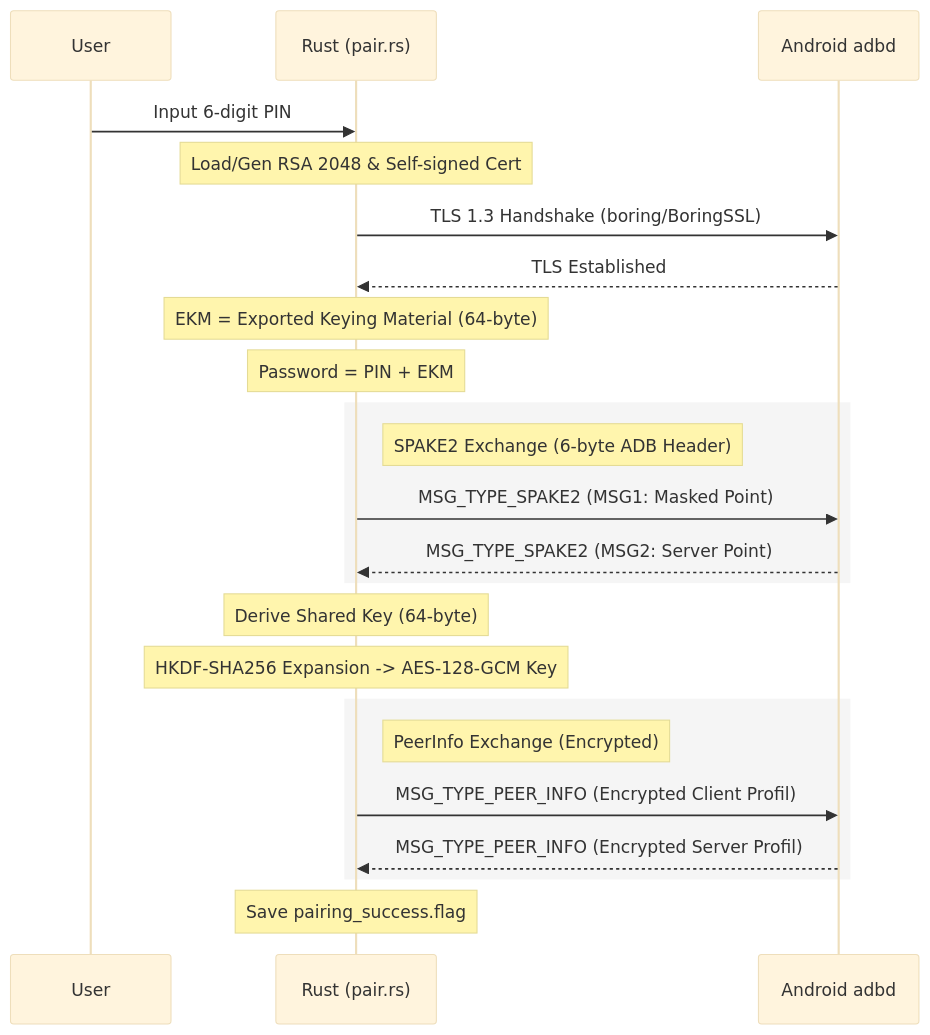
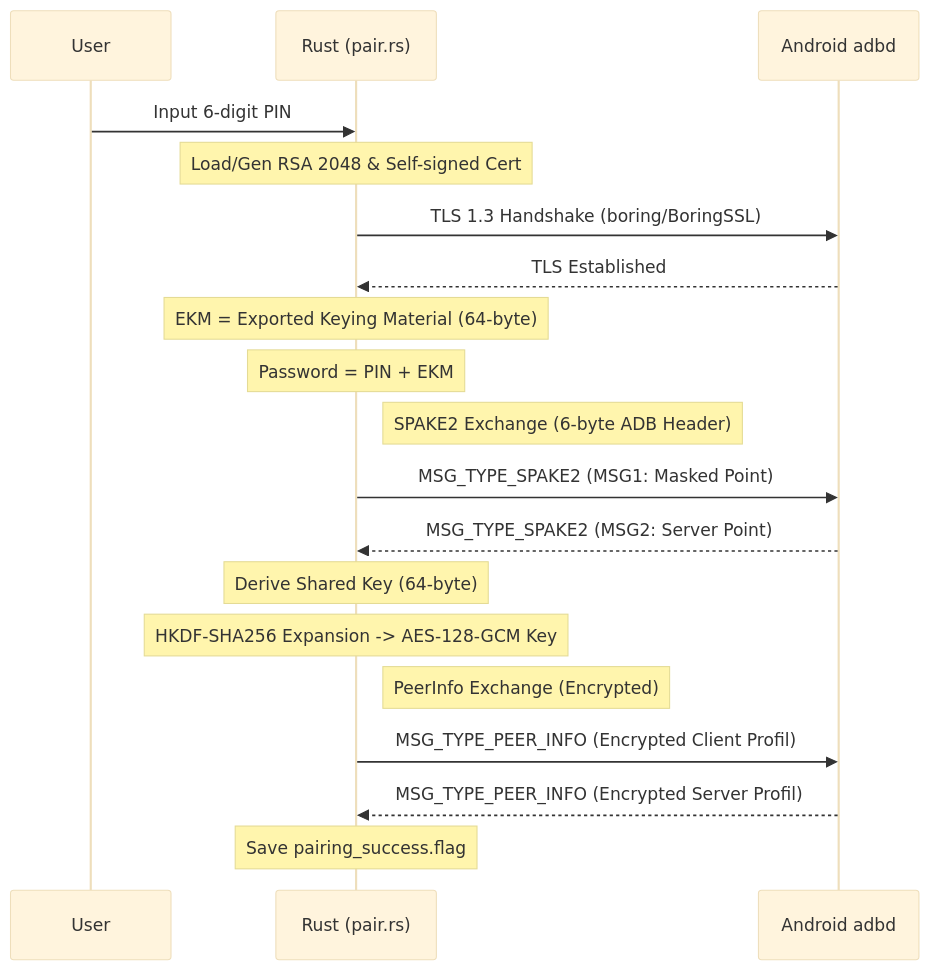
Before and after one commit to eLgorythm/Stellar: the first of 2 diagrams in Flow.md, drawn with Mermaid (base theme). The commit also changed other lines of this file, not shown here.

````diff
--- a/Flow.md
+++ b/Flow.md
@@ -13,31 +13,27 @@
 ```mermaid
 sequenceDiagram
     participant U as User
     participant R as Rust (pair.rs)
     participant A as Android adbd
 
     U->>R: Input 6-digit PIN
     Note over R: Load/Gen RSA 2048 & Self-signed Cert
     R->>A: TLS 1.3 Handshake (boring/BoringSSL)
     A-->>R: TLS Established
     
     Note over R: EKM = Exported Keying Material (64-byte)
     Note over R: Password = PIN + EKM
     
-    rect rgb(245, 245, 245)
-        Note right of R: SPAKE2 Exchange (6-byte ADB Header)
-        R->>A: MSG_TYPE_SPAKE2 (MSG1: Masked Point)
-        A-->>R: MSG_TYPE_SPAKE2 (MSG2: Server Point)
-    end
+    Note right of R: SPAKE2 Exchange (6-byte ADB Header)
+    R->>A: MSG_TYPE_SPAKE2 (MSG1: Masked Point)
+    A-->>R: MSG_TYPE_SPAKE2 (MSG2: Server Point)
     
     Note over R: Derive Shared Key (64-byte)
     Note over R: HKDF-SHA256 Expansion -> AES-128-GCM Key
     
-    rect rgb(245, 245, 245)
-        Note right of R: PeerInfo Exchange (Encrypted)
-        R->>A: MSG_TYPE_PEER_INFO (Encrypted Client Profil)
-        A-->>R: MSG_TYPE_PEER_INFO (Encrypted Server Profil)
-    end
+    Note right of R: PeerInfo Exchange (Encrypted)
+    R->>A: MSG_TYPE_PEER_INFO (Encrypted Client Profil)
+    A-->>R: MSG_TYPE_PEER_INFO (Encrypted Server Profil)
     
     Note over R: Save pairing_success.flag
 ```
````
